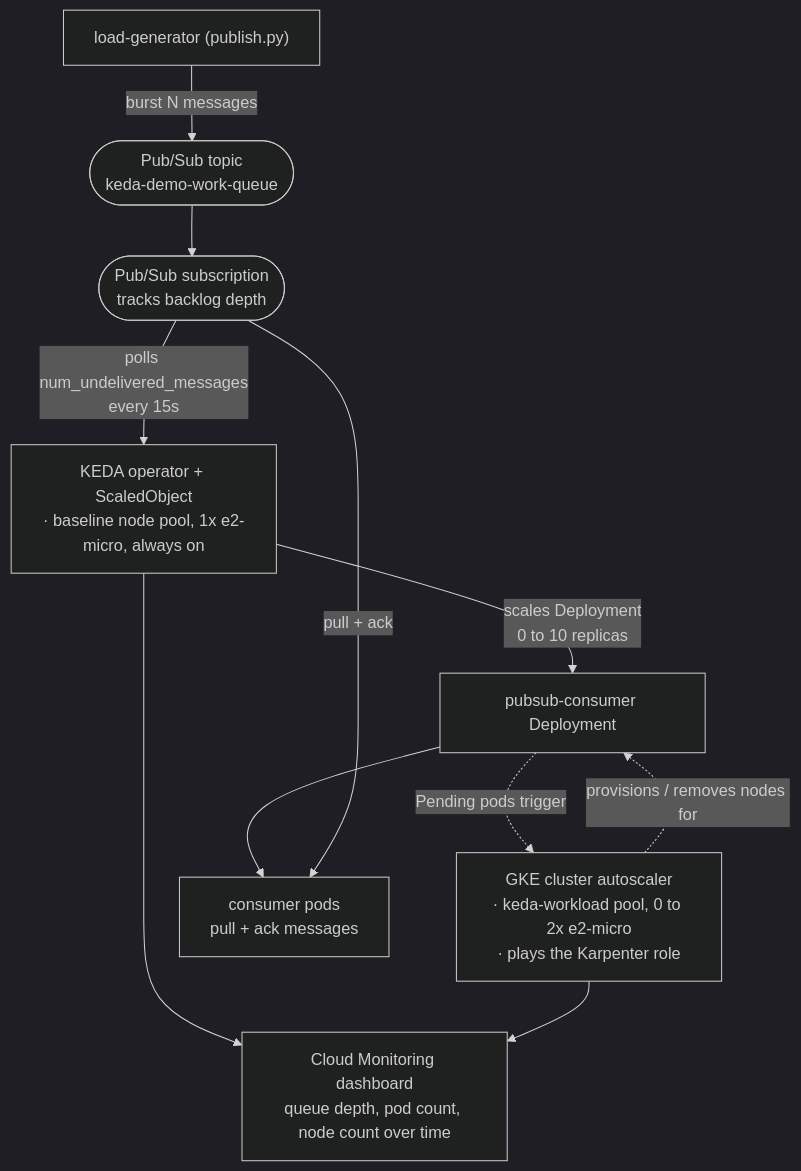
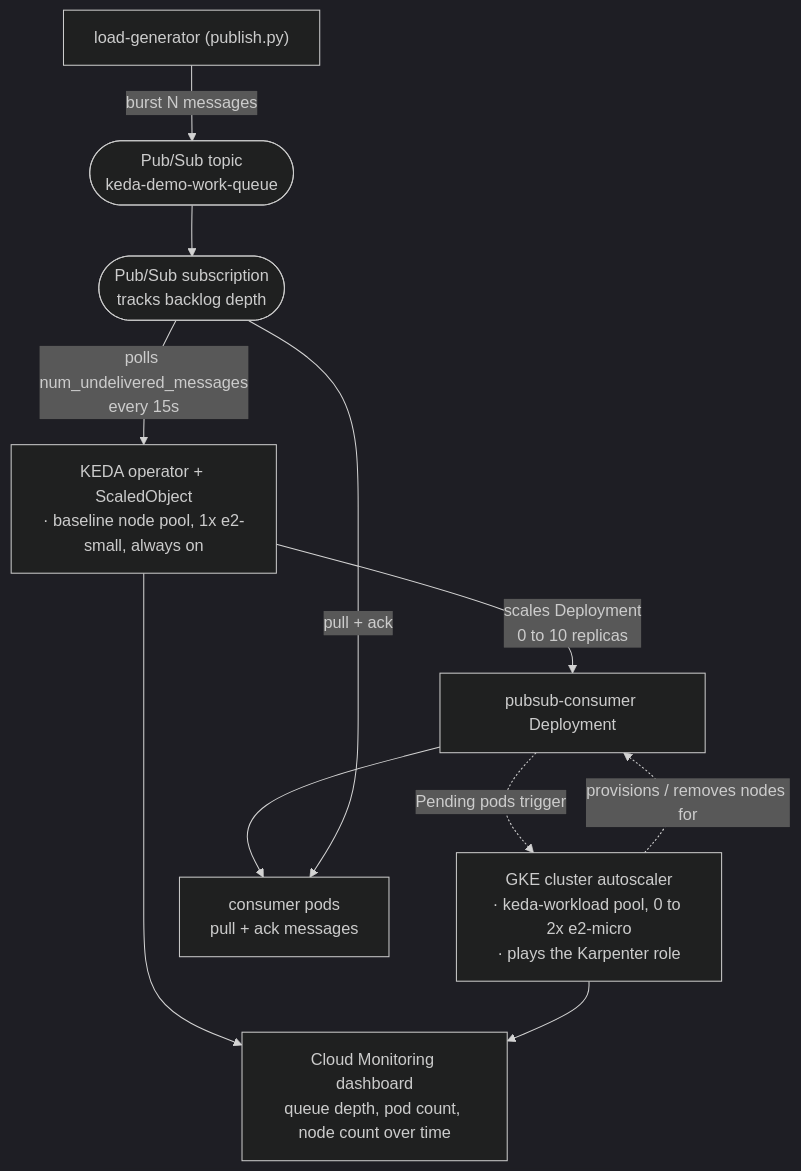
Before and after one commit to soodrajesh/keda-karpenter-gke-demo: the diagram in README.md, drawn with Mermaid (dark theme). The commit also changed other lines of this file and 2 other files, not shown here.

First line of the commit message:
Fix KEDA scheduling: e2-small baseline, trimmed resource requests, webhooks disabled

````diff
--- a/README.md
+++ b/README.md
@@ -9,18 +9,18 @@
 ```mermaid
 flowchart TB
     LG["load-generator (publish.py)"] -->|"burst N messages"| TOPIC(["Pub/Sub topic<br/>keda-demo-work-queue"])
     TOPIC --> SUB(["Pub/Sub subscription<br/>tracks backlog depth"])
 
-    SUB -->|"polls num_undelivered_messages<br/>every 15s"| KEDA["KEDA operator + ScaledObject<br/>· baseline node pool, 1x e2-micro, always on"]
+    SUB -->|"polls num_undelivered_messages<br/>every 15s"| KEDA["KEDA operator + ScaledObject<br/>· baseline node pool, 1x e2-small, always on"]
 
     KEDA -->|"scales Deployment<br/>0 to 10 replicas"| DEPLOY["pubsub-consumer Deployment"]
 
     DEPLOY -.->|"Pending pods trigger"| AUTOSCALER["GKE cluster autoscaler<br/>· keda-workload pool, 0 to 2x e2-micro<br/>· plays the Karpenter role"]
     AUTOSCALER -.->|"provisions / removes nodes for"| DEPLOY
 
     DEPLOY --> PODS["consumer pods<br/>pull + ack messages"]
     SUB -->|"pull + ack"| PODS
 
     KEDA --> DASH["Cloud Monitoring dashboard<br/>queue depth, pod count, node count over time"]
     AUTOSCALER --> DASH
 ```
````
